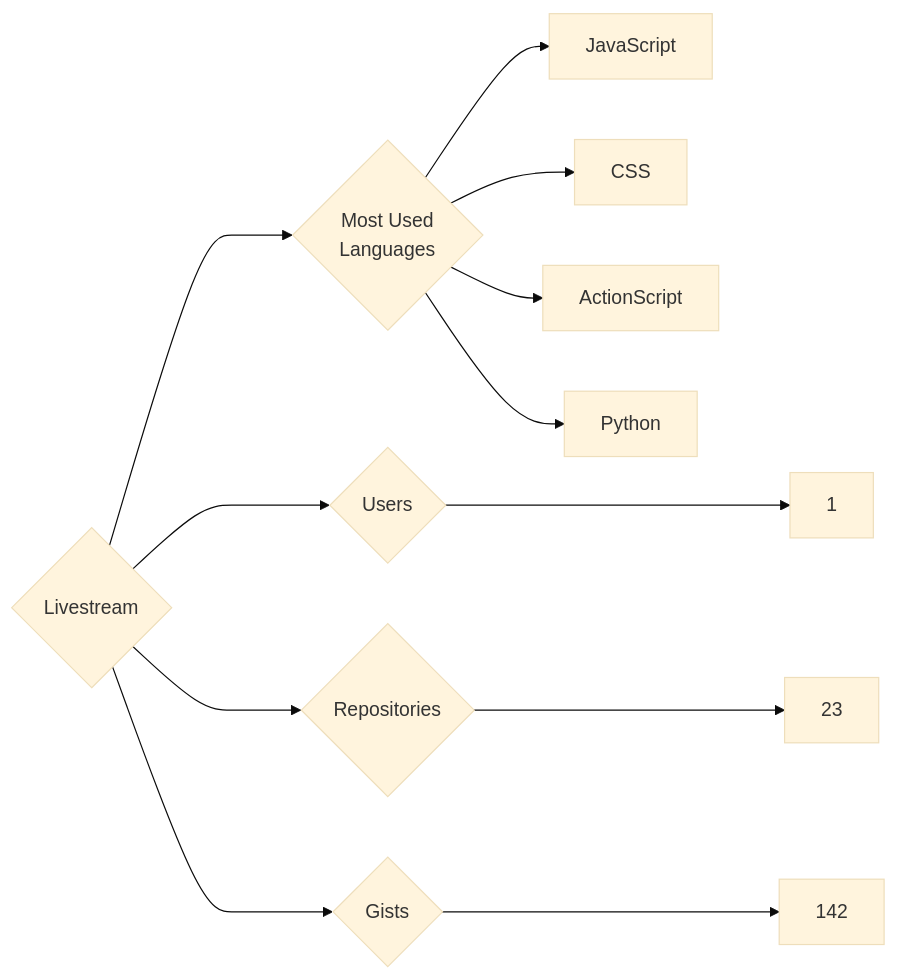
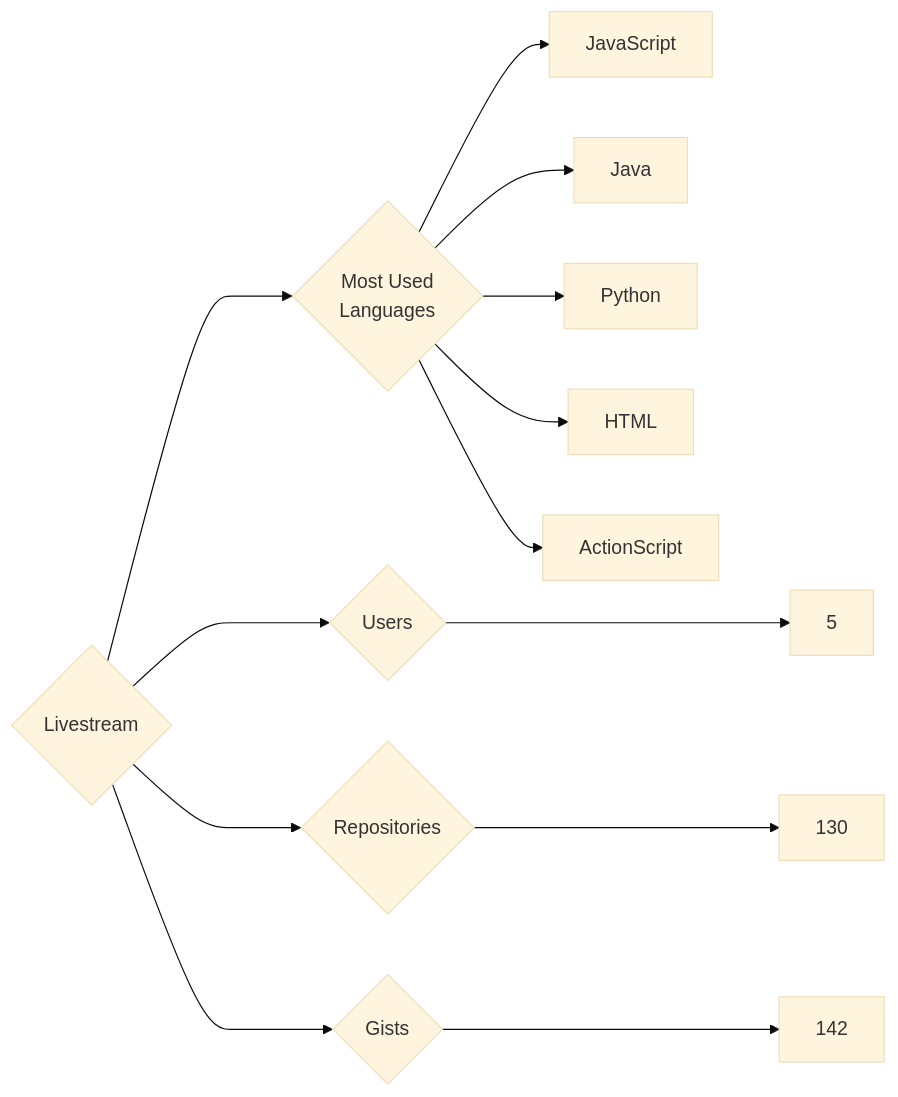
The diagram in targets/Livestream/README.md (trickest/insiders), drawn with Mermaid (base theme) before and after one commit. The commit also changed 934 other files, not shown here.

````diff
--- a/targets/Livestream/README.md
+++ b/targets/Livestream/README.md
@@ -3,12 +3,13 @@
 ```mermaid
 graph LR
 COMPANY_NAME{Livestream}
-COMPANY_NAME ---> U{Users} ---> UN[1]
-COMPANY_NAME ---> R{Repositories} ---> RN[23]
+COMPANY_NAME ---> U{Users} ---> UN[5]
+COMPANY_NAME ---> R{Repositories} ---> RN[130]
 COMPANY_NAME ---> G{Gists} ---> GN[142]
 COMPANY_NAME ---> ML{Most Used<br>Languages}
 ML --> JavaScript[JavaScript]
-ML --> CSS[CSS]
+ML --> Java[Java]
+ML --> Python[Python]
+ML --> HTML[HTML]
 ML --> ActionScript[ActionScript]
-ML --> Python[Python]
 ```
````
